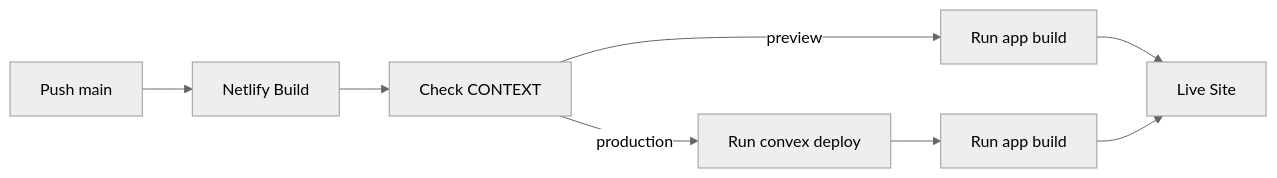
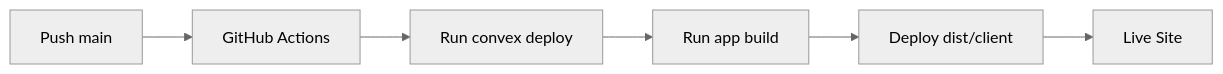
The diagram in docs/deployment.md (ndelangen/tanstack-start), drawn with Mermaid (neutral theme) before and after one commit. The commit also changed other lines of this file and 5 other files, not shown here.

First line of the commit message:
Add GitHub Actions workflows for CI and production deployment

````diff
--- a/docs/deployment.md
+++ b/docs/deployment.md
@@ -56,10 +74,8 @@
 ```mermaid
 flowchart LR
-    Git[Push main] --> Netlify[Netlify Build]
-    Netlify --> ContextCheck[Check CONTEXT]
-    ContextCheck -->|"preview"| BuildOnly[Run app build]
-    ContextCheck -->|"production"| ConvexDeploy[Run convex deploy]
-    ConvexDeploy --> BuildAfter[Run app build]
-    BuildOnly --> Live[Live Site]
-    BuildAfter --> Live[Live Site]
+    Git[Push main] --> GHA[GitHub Actions]
+    GHA --> ConvexDeploy[Run convex deploy]
+    ConvexDeploy --> Build[Run app build]
+    Build --> NetlifyDeploy[Deploy dist/client]
+    NetlifyDeploy --> Live[Live Site]
 ```
````
